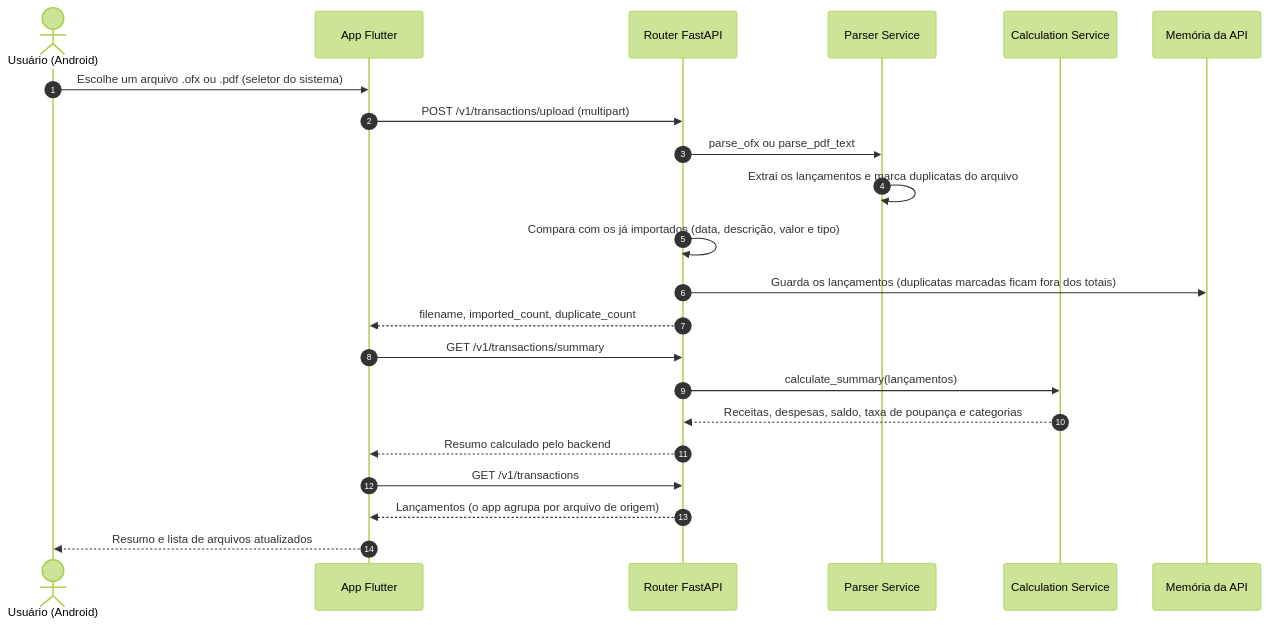
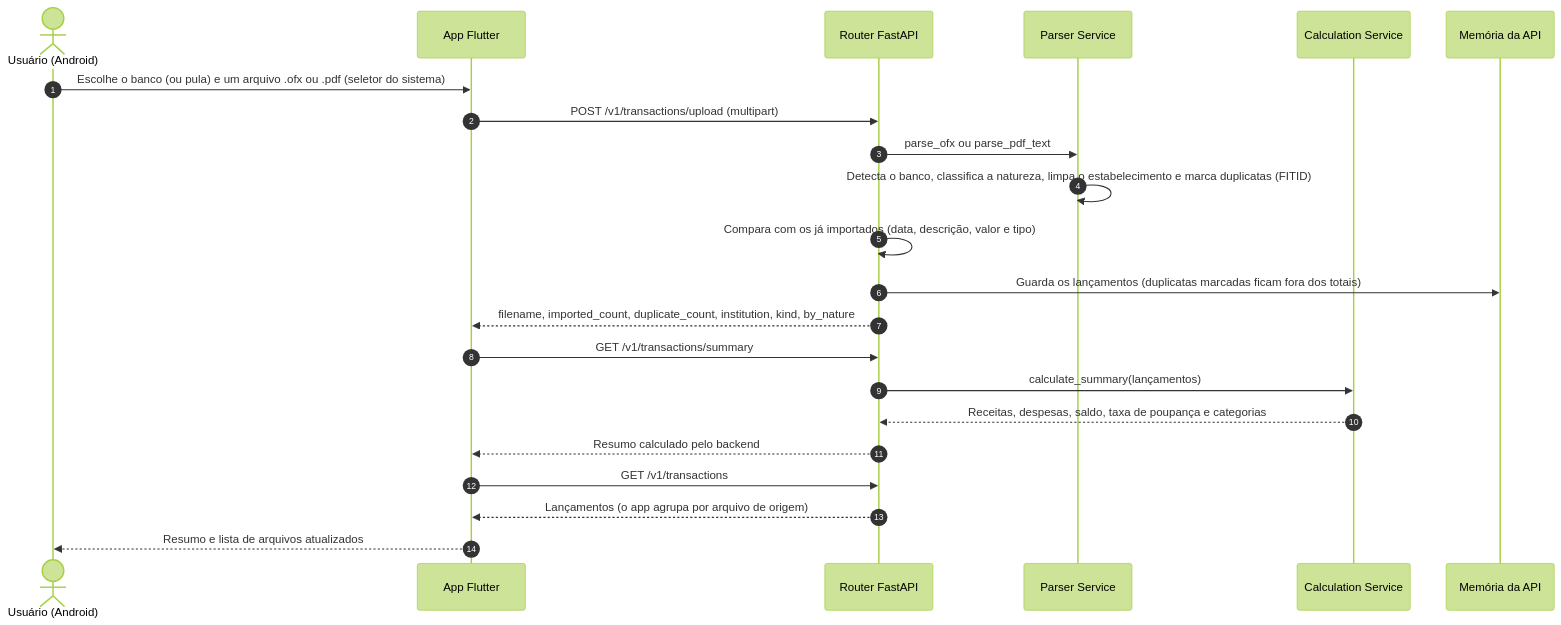
One commit to moonshinerd/trokim changed the second of 6 diagrams in docs/arquitetura/mapa-do-sistema.md. Above: the diagram before and after it, drawn with Mermaid (forest theme). The commit also changed other lines of this file and 26 other files, not shown here.

````diff
--- a/docs/arquitetura/mapa-do-sistema.md
+++ b/docs/arquitetura/mapa-do-sistema.md
@@ -107,25 +107,25 @@
 ```mermaid
 sequenceDiagram
     autonumber
     actor User as Usuário (Android)
     participant Mobile as App Flutter
     participant API as Router FastAPI
     participant Parser as Parser Service
     participant Calc as Calculation Service
     participant Mem as Memória da API
 
-    User->>Mobile: Escolhe um arquivo .ofx ou .pdf (seletor do sistema)
+    User->>Mobile: Escolhe o banco (ou pula) e um arquivo .ofx ou .pdf (seletor do sistema)
     Mobile->>API: POST /v1/transactions/upload (multipart)
     API->>Parser: parse_ofx ou parse_pdf_text
-    Parser->>Parser: Extrai os lançamentos e marca duplicatas do arquivo
+    Parser->>Parser: Detecta o banco, classifica a natureza, limpa o estabelecimento e marca duplicatas (FITID)
     API->>API: Compara com os já importados (data, descrição, valor e tipo)
     API->>Mem: Guarda os lançamentos (duplicatas marcadas ficam fora dos totais)
-    API-->>Mobile: filename, imported_count, duplicate_count
+    API-->>Mobile: filename, imported_count, duplicate_count, institution, kind, by_nature
     Mobile->>API: GET /v1/transactions/summary
     API->>Calc: calculate_summary(lançamentos)
     Calc-->>API: Receitas, despesas, saldo, taxa de poupança e categorias
     API-->>Mobile: Resumo calculado pelo backend
     Mobile->>API: GET /v1/transactions
     API-->>Mobile: Lançamentos (o app agrupa por arquivo de origem)
     Mobile-->>User: Resumo e lista de arquivos atualizados
 ```
````
